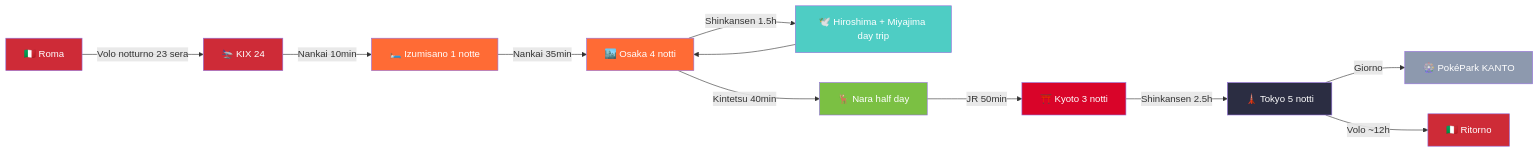
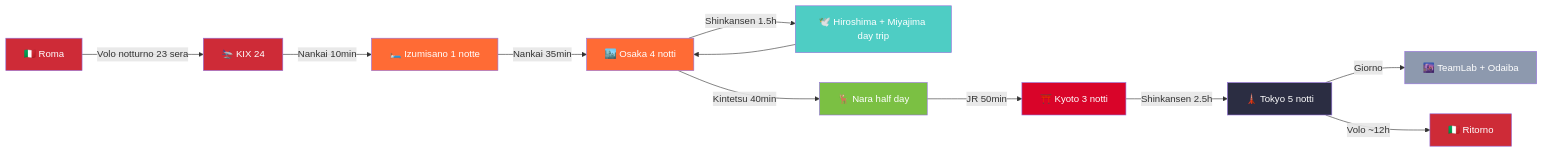
Before and after one commit to LorenzoPolito/Travel-Vault: the first of 3 diagrams in Itinerari/Japan/2026/Itinerario-Giappone-23ott-6nov2026.md, drawn with Mermaid. The commit also changed other lines of this file and 14 other files, not shown here.

First line of the commit message:
Giappone 2026: Nipponbashi, Giorno 3 senza Umeda e PokéPark rimosso (lotteria)

````diff
--- a/Itinerari/Japan/2026/Itinerario-Giappone-23ott-6nov2026.md
+++ b/Itinerari/Japan/2026/Itinerario-Giappone-23ott-6nov2026.md
@@ -57,24 +57,24 @@
 ```mermaid
 flowchart LR
     A[🇮🇹 Roma] -->|Volo notturno 23 sera| B[🛬 KIX 24]
     B -->|Nankai 10min| B2[🛏️ Izumisano 1 notte]
     B2 -->|Nankai 35min| C[🏙️ Osaka 4 notti]
     C -->|Shinkansen 1.5h| D[🕊️ Hiroshima + Miyajima day trip]
     D --> C
     C -->|Kintetsu 40min| E[🦌 Nara half day]
     E -->|JR 50min| F[⛩️ Kyoto 3 notti]
     F -->|Shinkansen 2.5h| G[🗼 Tokyo 5 notti]
-    G -->|Giorno| H[🎡 PokéPark KANTO]
+    G -->|Giorno| H[🌆 TeamLab + Odaiba]
     G -->|Volo ~12h| I[🇮🇹 Ritorno]
 
     style A fill:#ce2b37,color:#fff
     style B fill:#ce2b37,color:#fff
     style B2 fill:#ff6b35,color:#fff
     style C fill:#ff6b35,color:#fff
     style D fill:#4ecdc4,color:#fff
     style E fill:#7bc043,color:#fff
     style F fill:#d90429,color:#fff
     style G fill:#2b2d42,color:#fff
     style H fill:#8d99ae,color:#fff
     style I fill:#ce2b37,color:#fff
 ```
````
